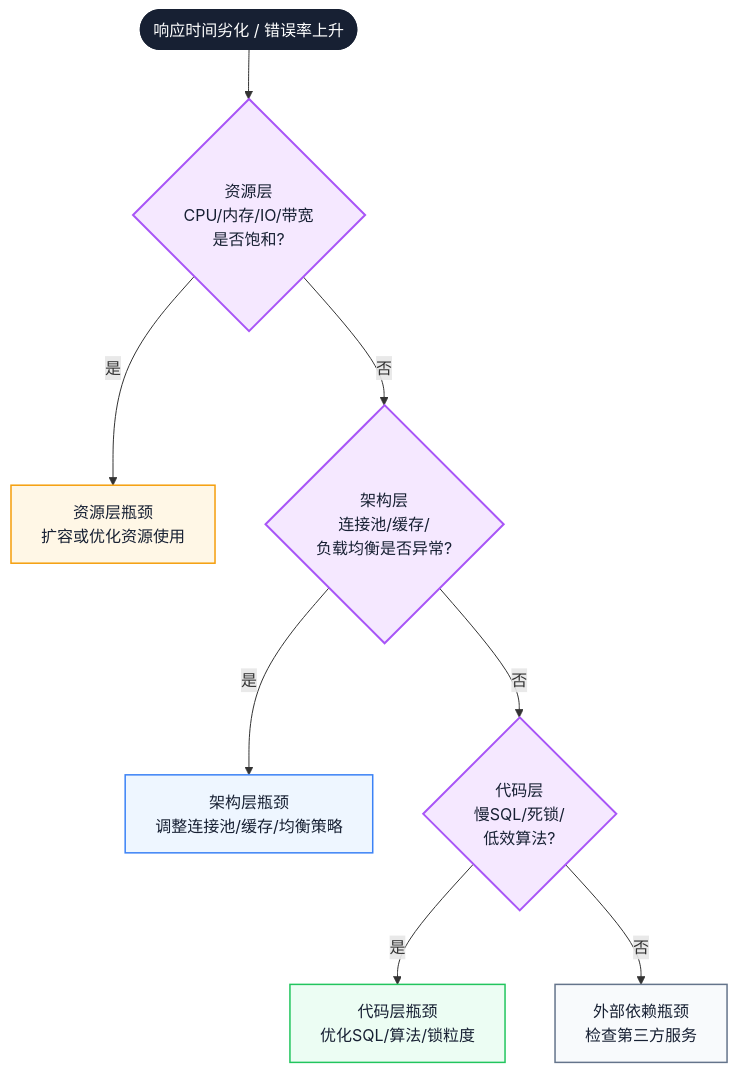
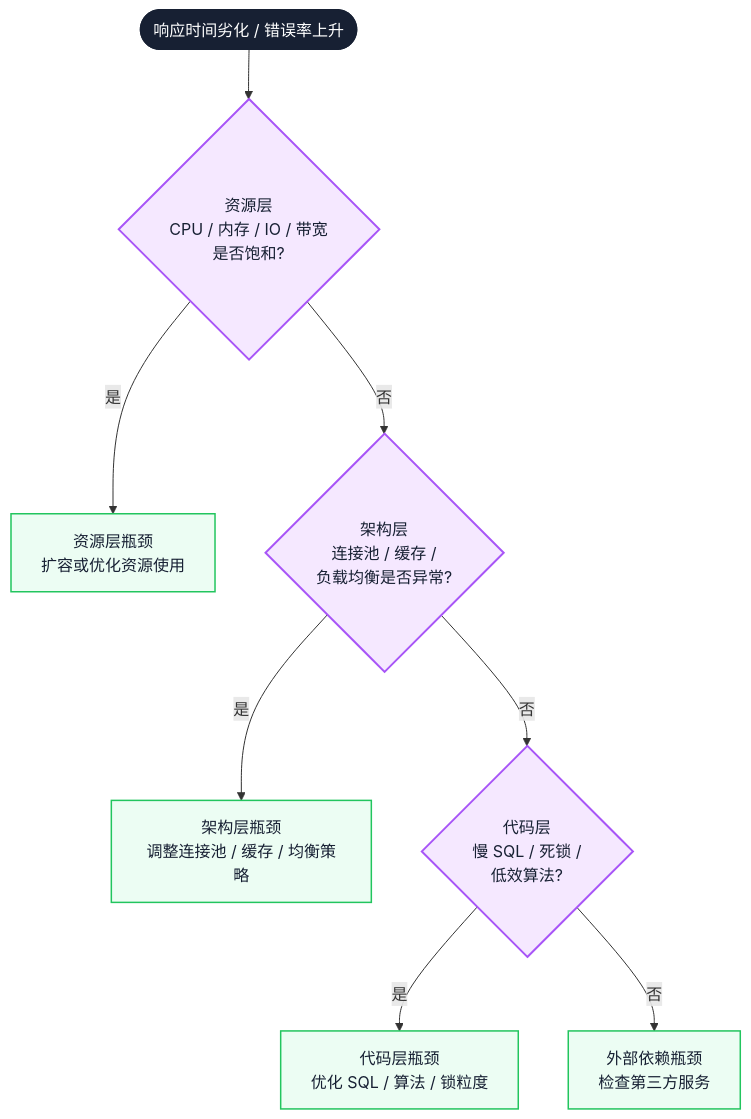
One commit to Fatejian/frontier-vault changed the fourth of 4 diagrams in docs/testing/load-testing-practice.md. Above: the diagram before and after it, drawn with Mermaid. The commit also changed other lines of this file and 41 other files, not shown here.

````diff
--- a/docs/testing/load-testing-practice.md
+++ b/docs/testing/load-testing-practice.md
@@ -437,27 +398,20 @@
 ```mermaid
-%%{init: {'theme': 'base', 'themeVariables': { 'fontFamily': 'Inter, PingFang SC, Microsoft YaHei, sans-serif', 'primaryColor': '#F8FAFC', 'primaryTextColor': '#172033', 'primaryBorderColor': '#CBD5E1', 'lineColor': '#64748B, 'fontSize': '13px'}}}%%
 flowchart TB
     Start([响应时间劣化 / 错误率上升])
 
-    Start --> Q1{资源层<br/>CPU/内存/IO/带宽<br/>是否饱和?}
-    Q1 -->|是| R1[资源层瓶颈<br/>扩容或优化资源使用]
-    Q1 -->|否| Q2{架构层<br/>连接池/缓存/<br/>负载均衡是否异常?}
-    Q2 -->|是| R2[架构层瓶颈<br/>调整连接池/缓存/均衡策略]
-    Q2 -->|否| Q3{代码层<br/>慢SQL/死锁/<br/>低效算法?}
-    Q3 -->|是| R3[代码层瓶颈<br/>优化SQL/算法/锁粒度]
-    Q3 -->|否| R4[外部依赖瓶颈<br/>检查第三方服务]
+    Start --> Q1{"资源层<br/>CPU / 内存 / IO / 带宽<br/>是否饱和?"}
+    Q1 -->|是| R1["资源层瓶颈<br/>扩容或优化资源使用"]
+    Q1 -->|否| Q2{"架构层<br/>连接池 / 缓存 /<br/>负载均衡是否异常?"}
+    Q2 -->|是| R2["架构层瓶颈<br/>调整连接池 / 缓存 / 均衡策略"]
+    Q2 -->|否| Q3{"代码层<br/>慢 SQL / 死锁 /<br/>低效算法?"}
+    Q3 -->|是| R3["代码层瓶颈<br/>优化 SQL / 算法 / 锁粒度"]
+    Q3 -->|否| R4["外部依赖瓶颈<br/>检查第三方服务"]
 
-    classDef start fill:#172033,color:#fff,stroke:#172033,stroke-width:2px;
-    classDef question fill:#F5E8FF,stroke:#A855F7,color:#172033,stroke-width:2px;
-    classDef resource fill:#FFF7E6,stroke:#F59E0B,color:#172033,stroke-width:1.5px;
-    classDef arch fill:#EEF6FF,stroke:#3B82F6,color:#172033,stroke-width:1.5px;
-    classDef code fill:#ECFDF3,stroke:#22C55E,color:#172033,stroke-width:1.5px;
-    classDef external fill:#F8FAFC,stroke:#64748B,color:#172033,stroke-width:1.5px;
+    classDef core fill:#172033,color:#fff,stroke:#172033,stroke-width:2px;
+    classDef metric fill:#F5E8FF,stroke:#A855F7,color:#172033,stroke-width:2px;
+    classDef work fill:#ECFDF3,stroke:#22C55E,color:#172033,stroke-width:1.5px;
 
-    class Start start;
-    class Q1,Q2,Q3 question;
-    class R1 resource;
-    class R2 arch;
-    class R3 code;
-    class R4 external;
+    class Start core;
+    class Q1,Q2,Q3 metric;
+    class R1,R2,R3,R4 work;
 ```
````
